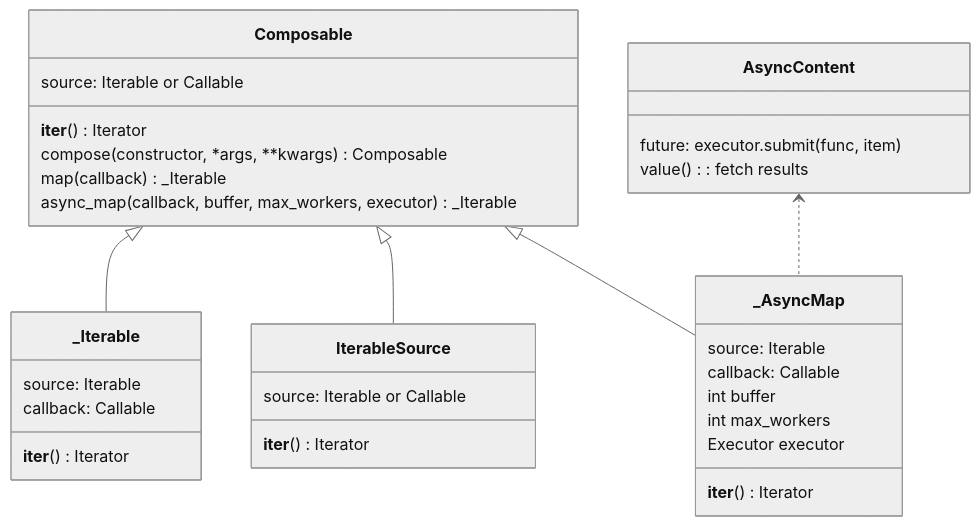
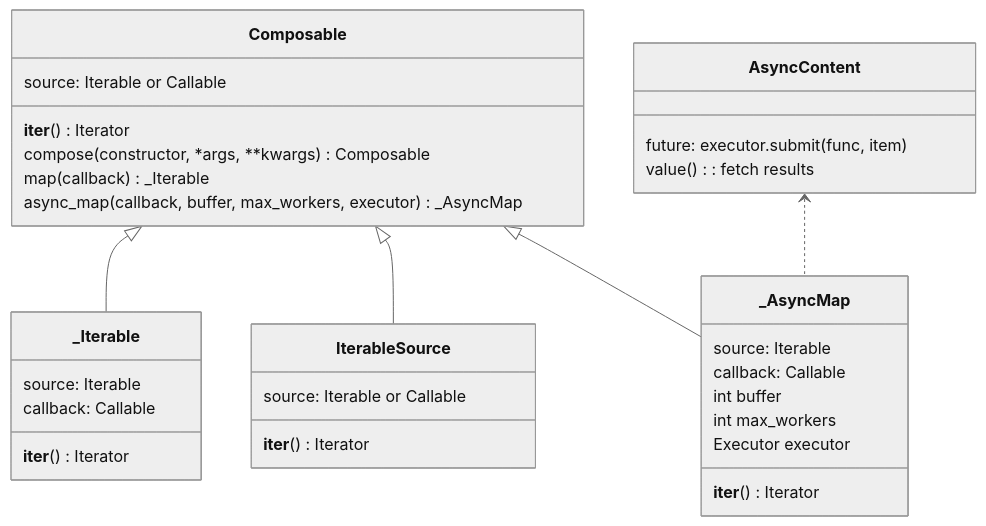
Before and after one commit to merantix-momentum/squirrel-core: the diagram in docs/advanced/iterstream.rst, drawn with Mermaid (neutral theme).

```diff
--- a/docs/advanced/iterstream.rst
+++ b/docs/advanced/iterstream.rst
@@ -180,46 +180,46 @@
 .. mermaid::
 
     classDiagram
 
         Composable <|-- _Iterable
         Composable <|-- IterableSource
         Composable <|-- _AsyncMap
         AsyncContent <.. _AsyncMap
 
         class Composable {
             source: Iterable or Callable
 
             __iter__() Iterator
             compose(constructor, *args, **kwargs) Composable
             map(callback) _Iterable
-            async_map(callback, buffer, max_workers, executor) _Iterable
+            async_map(callback, buffer, max_workers, executor) _AsyncMap
         }
 
        class _Iterable {
             source: Iterable
             callback: Callable
 
             __iter__() Iterator
        }
 
        class IterableSource {
             source: Iterable or Callable
 
             __iter__() Iterator
        }
 
         class _AsyncMap {
             source: Iterable
             callback: Callable
             int buffer
             int max_workers
             Executor executor
 
             __iter__() Iterator
        }
 
        class AsyncContent {
             future: executor.submit(func, item)
 
             value(): fetch results
        }
```
